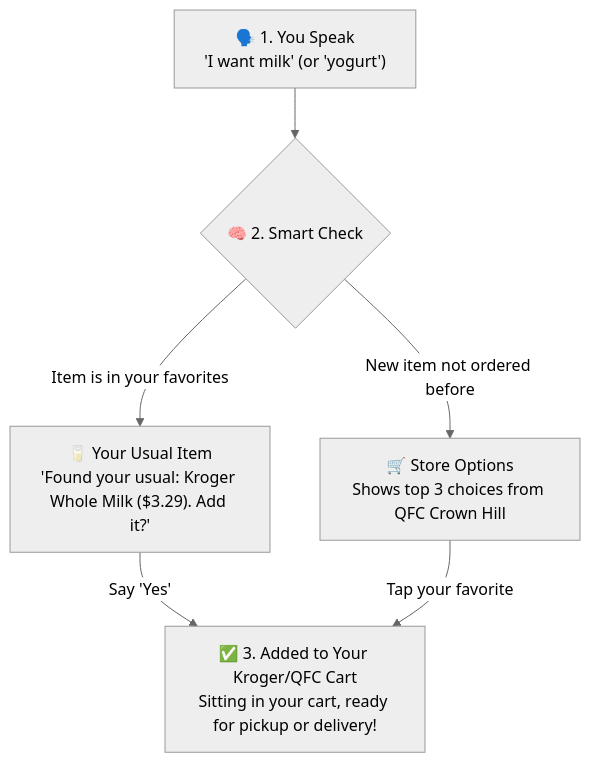
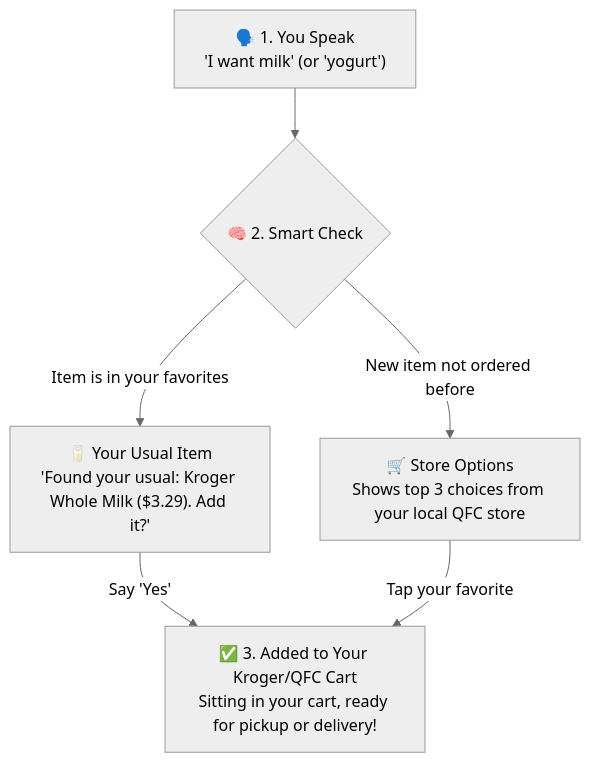
One commit to ggrossvi/voice-grocery changed the second of 3 diagrams in README.md. Above: the diagram before and after it, drawn with Mermaid (neutral theme). The commit also changed other lines of this file, not shown here.

Commit message:
docs: generalize store references in README to your local QFC store

````diff
--- a/README.md
+++ b/README.md
@@ -18,10 +18,10 @@
 ```mermaid
 flowchart TD
     STEP1["🗣️ 1. You Speak<br/>'I want milk' (or 'yogurt')"] --> CHECK{"🧠 2. Smart Check"}
     
     CHECK -->|"Item is in your favorites"| USUAL["🥛 Your Usual Item<br/>'Found your usual: Kroger Whole Milk ($3.29). Add it?'"]
-    CHECK -->|"New item not ordered before"| CHOICES["🛒 Store Options<br/>Shows top 3 choices from QFC Crown Hill"]
+    CHECK -->|"New item not ordered before"| CHOICES["🛒 Store Options<br/>Shows top 3 choices from your local QFC store"]
     
     USUAL -->|"Say 'Yes'"| DONE["✅ 3. Added to Your Kroger/QFC Cart<br/>Sitting in your cart, ready for pickup or delivery!"]
     CHOICES -->|"Tap your favorite"| DONE
 ```
````
